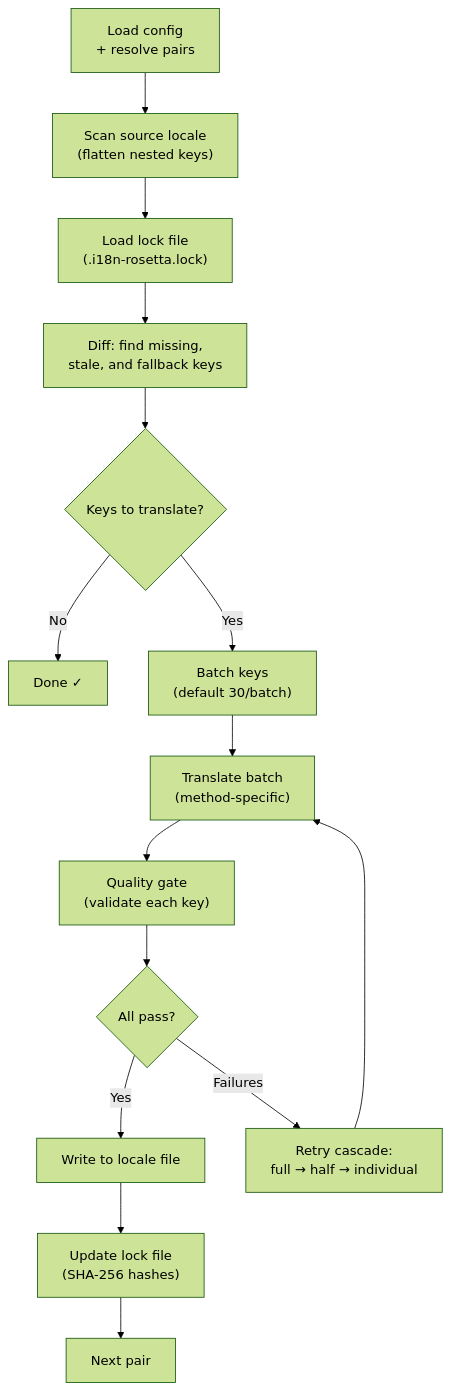
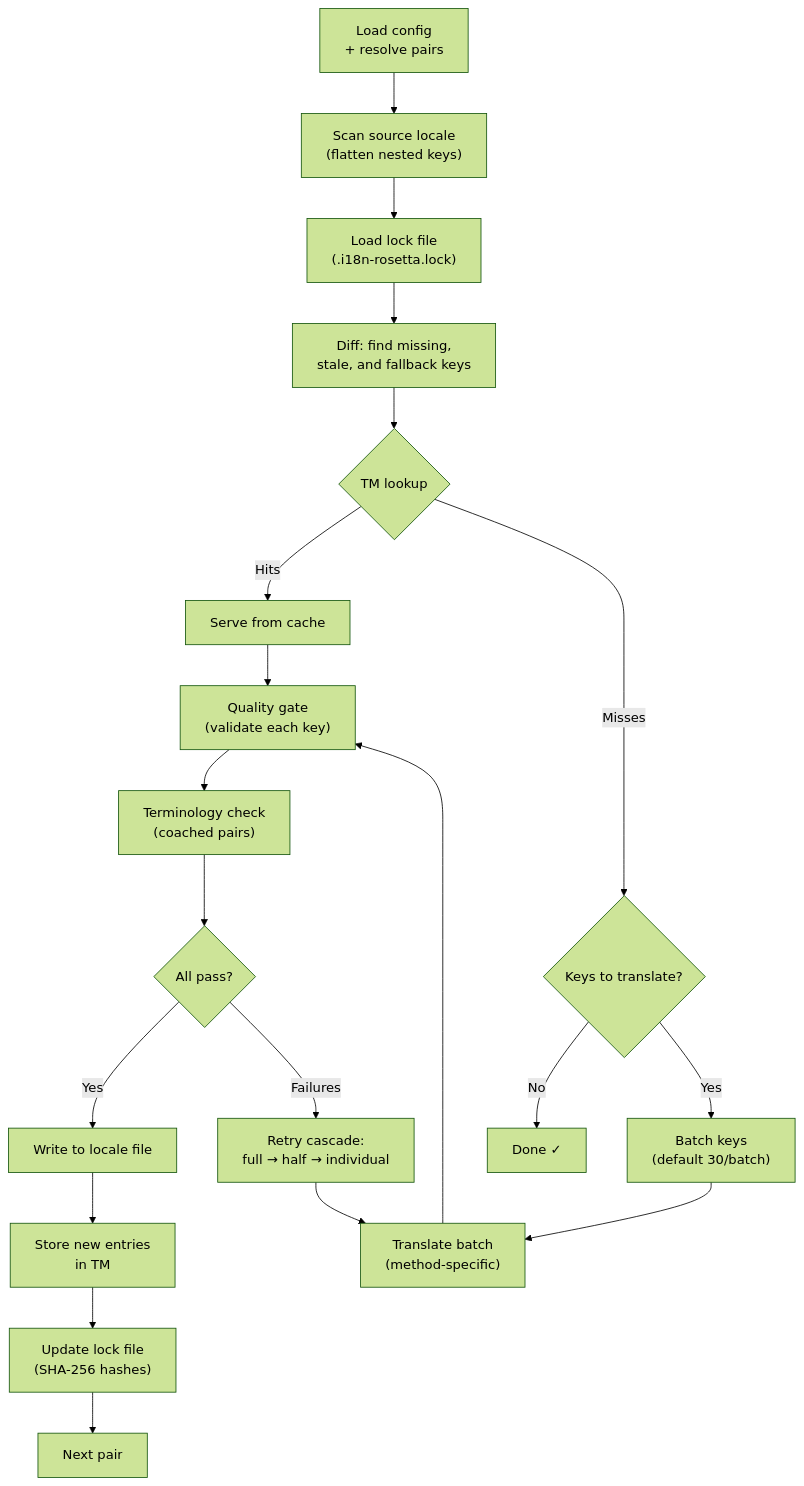
Before and after one commit to gamedaysuits/i18n-autopilot: the diagram in website/docs/concepts/how-sync-works.md, drawn with Mermaid (forest theme). The commit also changed other lines of this file and 82 other files, not shown here.

````diff
--- a/website/docs/concepts/how-sync-works.md
+++ b/website/docs/concepts/how-sync-works.md
@@ -12,17 +12,22 @@
 ```mermaid
 flowchart TD
     A["Load config\n+ resolve pairs"] --> B["Scan source locale\n(flatten nested keys)"]
     B --> C["Load lock file\n(.i18n-rosetta.lock)"]
     C --> D["Diff: find missing,\nstale, and fallback keys"]
-    D --> E{"Keys to translate?"}
+    D --> TM{"TM lookup"}
+    TM -->|Hits| TC["Serve from cache"]
+    TM -->|Misses| E{"Keys to translate?"}
     E -->|No| F["Done ✓"]
     E -->|Yes| G["Batch keys\n(default 30/batch)"]
     G --> H["Translate batch\n(method-specific)"]
     H --> I["Quality gate\n(validate each key)"]
-    I --> J{"All pass?"}
+    I --> TERM["Terminology check\n(coached pairs)"]
+    TERM --> J{"All pass?"}
     J -->|Yes| K["Write to locale file"]
     J -->|Failures| L["Retry cascade:\nfull → half → individual"]
     L --> H
-    K --> M["Update lock file\n(SHA-256 hashes)"]
+    TC --> I
+    K --> TMS["Store new entries\nin TM"]
+    TMS --> M["Update lock file\n(SHA-256 hashes)"]
     M --> N["Next pair"]
 ```
````
